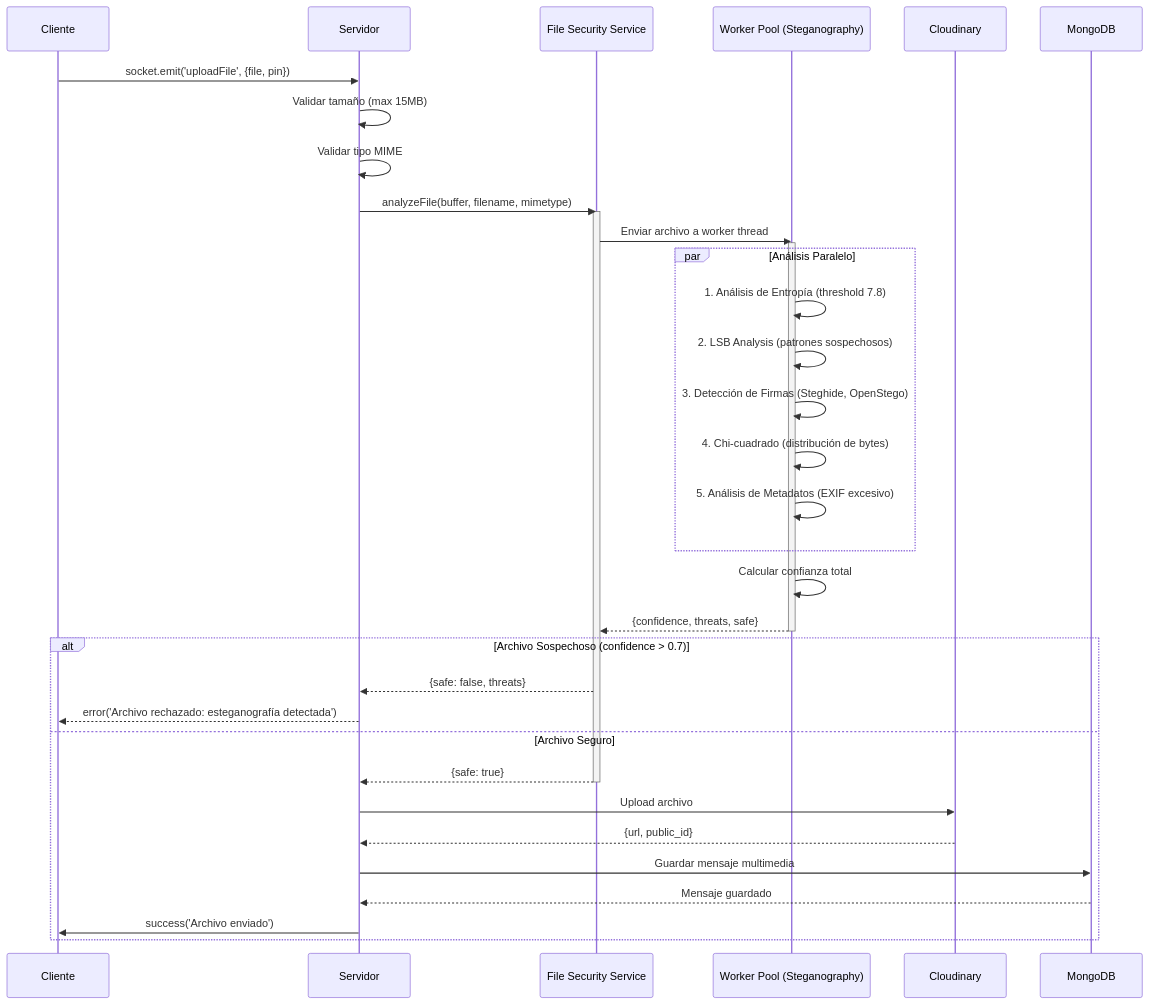
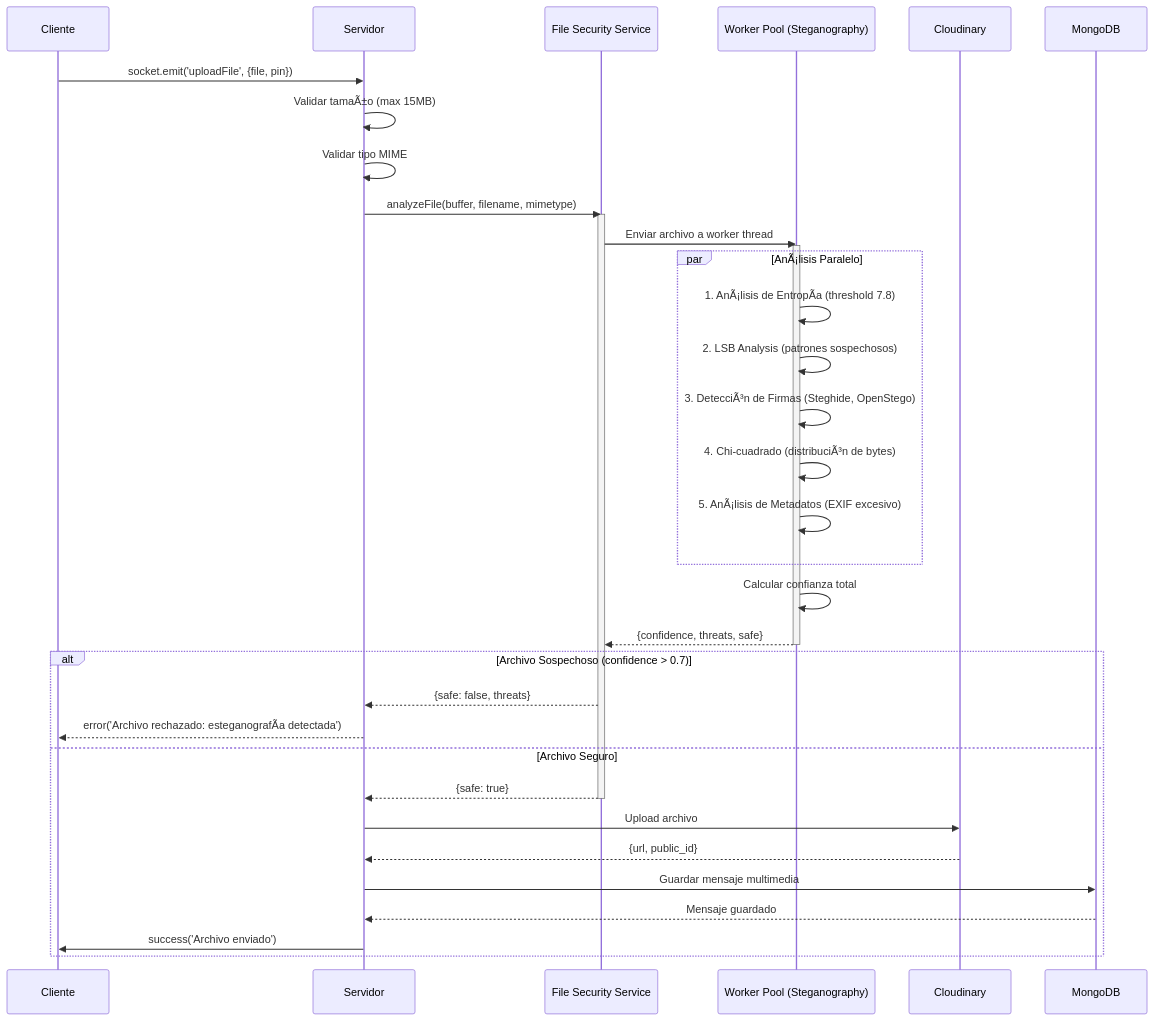
The fourth of 6 diagrams in README.md (marinjosue/LiveChat), drawn with Mermaid before and after one commit. The commit also changed other lines of this file, not shown here.

````diff
--- a/README.md
+++ b/README.md
@@ -278,47 +278,47 @@
 ```mermaid
 sequenceDiagram
     participant C as Cliente
     participant S as Servidor
     participant FSS as File Security Service
     participant WP as Worker Pool (Steganography)
     participant CL as Cloudinary
     participant DB as MongoDB
 
     C->>S: socket.emit('uploadFile', {file, pin})
-    S->>S: Validar tamaño (max 15MB)
+    S->>S: Validar tamaÃ±o (max 15MB)
     S->>S: Validar tipo MIME
     
     S->>FSS: analyzeFile(buffer, filename, mimetype)
     activate FSS
     
     FSS->>WP: Enviar archivo a worker thread
     activate WP
     
-    par Análisis Paralelo
-        WP->>WP: 1. Análisis de Entropía (threshold 7.8)
+    par AnÃ¡lisis Paralelo
+        WP->>WP: 1. AnÃ¡lisis de EntropÃ­a (threshold 7.8)
         WP->>WP: 2. LSB Analysis (patrones sospechosos)
-        WP->>WP: 3. Detección de Firmas (Steghide, OpenStego)
-        WP->>WP: 4. Chi-cuadrado (distribución de bytes)
-        WP->>WP: 5. Análisis de Metadatos (EXIF excesivo)
+        WP->>WP: 3. DetecciÃ³n de Firmas (Steghide, OpenStego)
+        WP->>WP: 4. Chi-cuadrado (distribuciÃ³n de bytes)
+        WP->>WP: 5. AnÃ¡lisis de Metadatos (EXIF excesivo)
     end
     
     WP->>WP: Calcular confianza total
     WP-->>FSS: {confidence, threats, safe}
     deactivate WP
     
     alt Archivo Sospechoso (confidence > 0.7)
         FSS-->>S: {safe: false, threats}
-        S-->>C: error('Archivo rechazado: esteganografía detectada')
+        S-->>C: error('Archivo rechazado: esteganografÃ­a detectada')
     else Archivo Seguro
         FSS-->>S: {safe: true}
         deactivate FSS
         
         S->>CL: Upload archivo
         CL-->>S: {url, public_id}
         
         S->>DB: Guardar mensaje multimedia
         DB-->>S: Mensaje guardado
         
         S->>C: success('Archivo enviado')
     end
 ```
````
